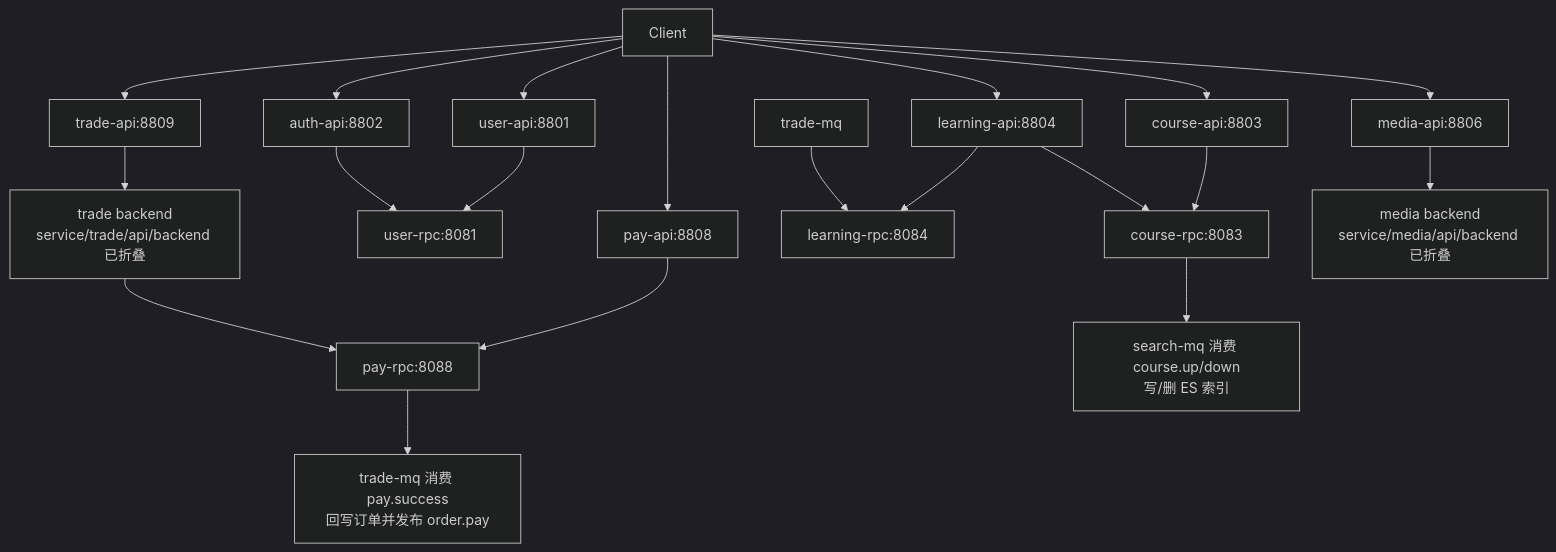
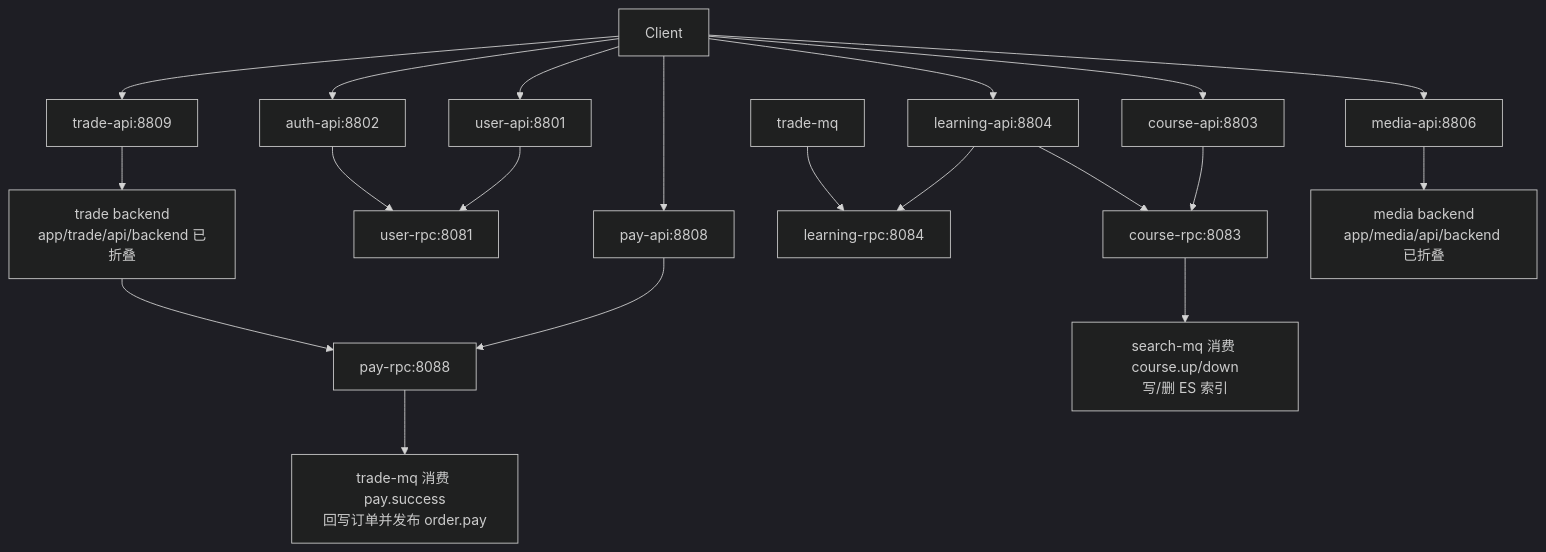
The diagram in openspec/specs/architecture/service-topology/spec.md (SonderLives/tjxt), drawn with Mermaid (dark theme) before and after one commit. The commit also changed other lines of this file and 25 other files, not shown here.

````diff
--- a/openspec/specs/architecture/service-topology/spec.md
+++ b/openspec/specs/architecture/service-topology/spec.md
@@ -15,24 +15,24 @@
 ```mermaid
 graph TD
     Client[Client] --> UserAPI[user-api:8801]
     Client --> AuthAPI[auth-api:8802]
     Client --> CourseAPI[course-api:8803]
     Client --> LearningAPI[learning-api:8804]
     Client --> PayAPI[pay-api:8808]
     Client --> TradeAPI[trade-api:8809]
     Client --> MediaAPI[media-api:8806]
 
     UserAPI --> UserRPC[user-rpc:8081]
     AuthAPI --> UserRPC
     CourseAPI --> CourseRPC[course-rpc:8083]
     LearningAPI --> LearningRPC[learning-rpc:8084]
     LearningAPI --> CourseRPC
     PayAPI --> PayRPC[pay-rpc:8088]
-    TradeAPI --> TradeBackend[trade backend<br/>service/trade/api/backend 已折叠]
+    TradeAPI --> TradeBackend[trade backend<br/>app/trade/api/backend 已折叠]
     TradeBackend --> PayRPC
-    MediaAPI --> MediaBackend[media backend<br/>service/media/api/backend 已折叠]
+    MediaAPI --> MediaBackend[media backend<br/>app/media/api/backend 已折叠]
 
     PayRPC --> PayMQ[trade-mq 消费 pay.success<br/>回写订单并发布 order.pay]
     TradeMQ[trade-mq] --> LearningRPC
     CourseRPC --> SearchMQ[search-mq 消费 course.up/down<br/>写/删 ES 索引]
 ```
````
